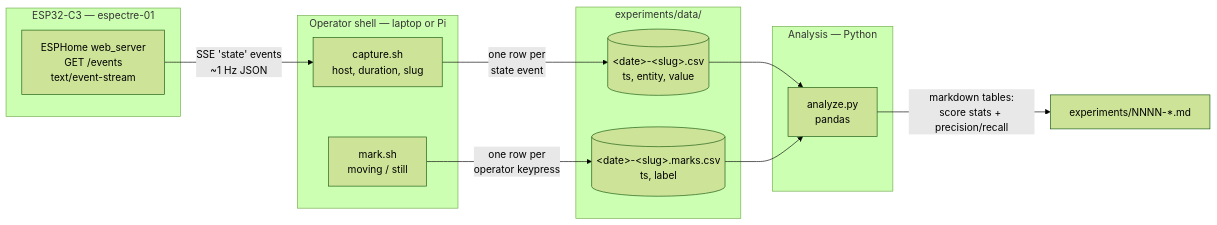
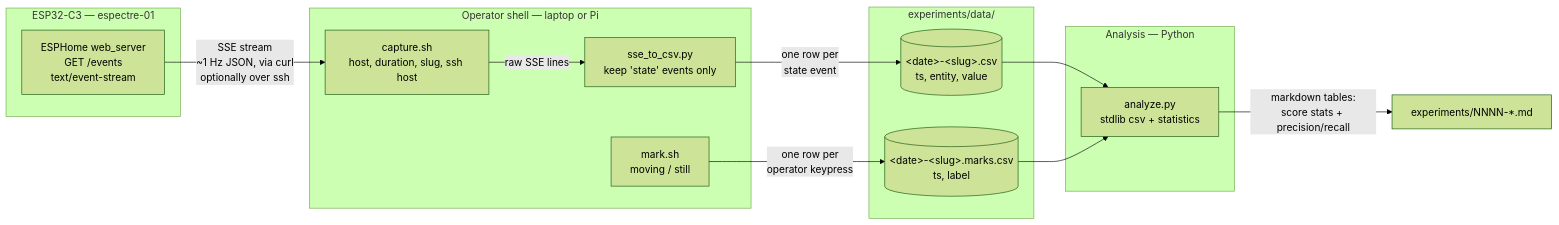
The diagram in docs/architecture/diagrams/experiment-capture/01-data-flow.md (benoit-bremaud/espectre-lab), drawn with Mermaid (forest theme) before and after one commit. The commit also changed other lines of this file and 12 other files, not shown here.

````diff
--- a/docs/architecture/diagrams/experiment-capture/01-data-flow.md
+++ b/docs/architecture/diagrams/experiment-capture/01-data-flow.md
@@ -11,27 +11,29 @@
 ```mermaid
 flowchart LR
     subgraph ESP[ESP32-C3 — espectre-01]
         WS[ESPHome web_server<br/>GET /events<br/>text/event-stream]
     end
 
     subgraph RUN[Operator shell — laptop or Pi]
-        CAP[capture.sh<br/>host, duration, slug]
+        CAP[capture.sh<br/>host, duration, slug, ssh host]
+        S2C[sse_to_csv.py<br/>keep 'state' events only]
         MARK[mark.sh<br/>moving / still]
     end
 
     subgraph DATA[experiments/data/]
         CSV[(&lt;date&gt;-&lt;slug&gt;.csv<br/>ts, entity, value)]
         MARKS[(&lt;date&gt;-&lt;slug&gt;.marks.csv<br/>ts, label)]
     end
 
     subgraph ANA[Analysis — Python]
-        PY[analyze.py<br/>pandas]
+        PY[analyze.py<br/>stdlib csv + statistics]
     end
 
-    WS -->|SSE 'state' events<br/>~1 Hz JSON| CAP
-    CAP -->|one row per<br/>state event| CSV
+    WS -->|SSE stream<br/>~1 Hz JSON, via curl<br/>optionally over ssh| CAP
+    CAP -->|raw SSE lines| S2C
+    S2C -->|one row per<br/>state event| CSV
     MARK -->|one row per<br/>operator keypress| MARKS
     CSV --> PY
     MARKS --> PY
     PY -->|markdown tables:<br/>score stats + precision/recall| JOURNAL[experiments/NNNN-*.md]
 ```
````
